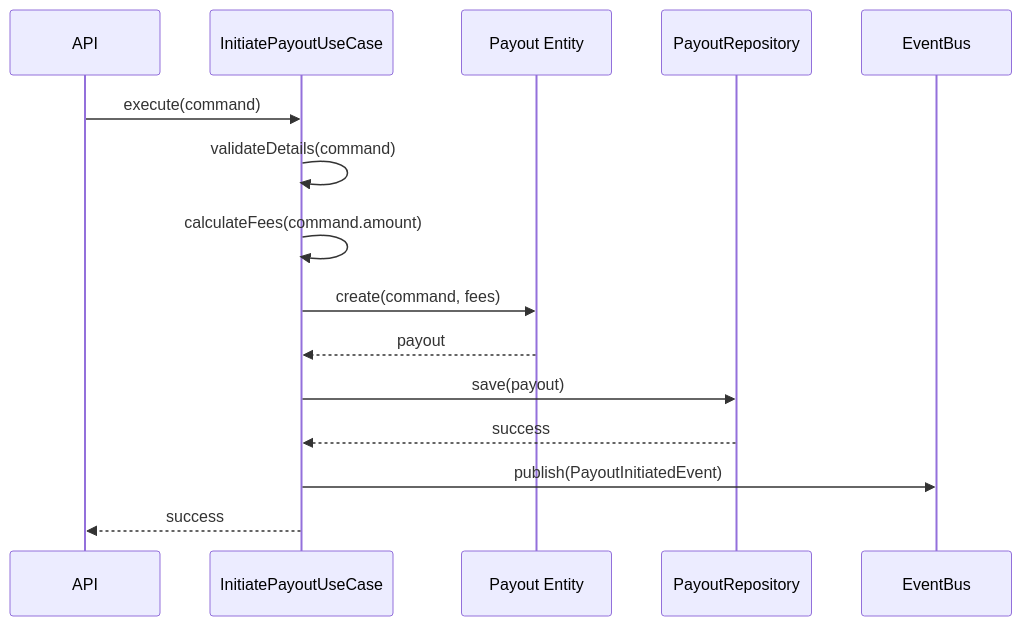
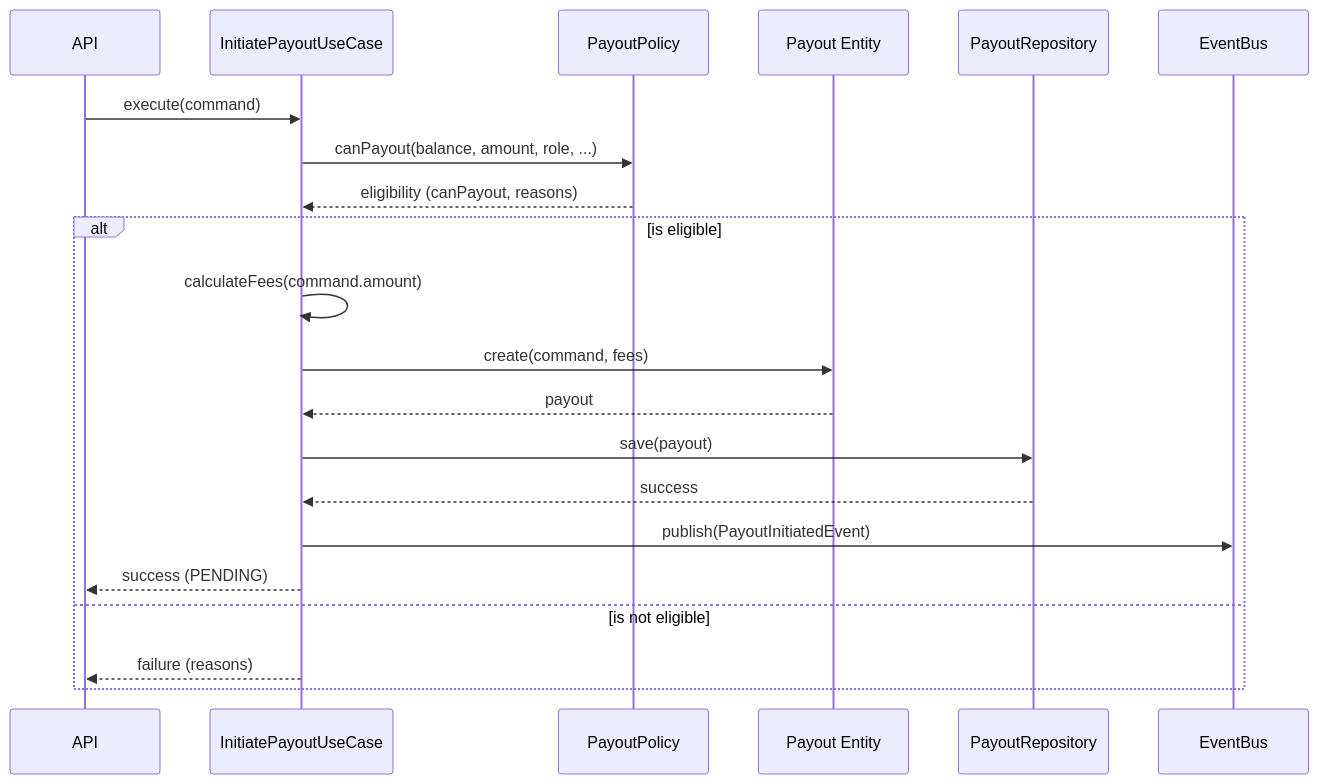
The diagram in services/payout-service/docs/modeling/sequence/initiate-payout-flow.mmd (maysar-014/maysar-express-backend), drawn with Mermaid before and after one commit. The commit also changed 11 other files, not shown here.

```diff
--- a/services/payout-service/docs/modeling/sequence/initiate-payout-flow.mmd
+++ b/services/payout-service/docs/modeling/sequence/initiate-payout-flow.mmd
@@ -1,19 +1,25 @@
 sequenceDiagram
     participant API
     participant UC as InitiatePayoutUseCase
+    participant PP as PayoutPolicy
     participant PE as Payout Entity
     participant PR as PayoutRepository
     participant EB as EventBus
 
     API->>UC: execute(command)
-    UC->>UC: validateDetails(command)
-    UC->>UC: calculateFees(command.amount)
+    UC->>PP: canPayout(balance, amount, role, ...)
+    PP-->>UC: eligibility (canPayout, reasons)
     
-    UC->>PE: create(command, fees)
-    PE-->>UC: payout
-    
-    UC->>PR: save(payout)
-    PR-->>UC: success
-    
-    UC->>EB: publish(PayoutInitiatedEvent)
-    UC-->>API: success
+    alt is eligible
+        UC->>UC: calculateFees(command.amount)
+        UC->>PE: create(command, fees)
+        PE-->>UC: payout
+        
+        UC->>PR: save(payout)
+        PR-->>UC: success
+        
+        UC->>EB: publish(PayoutInitiatedEvent)
+        UC-->>API: success (PENDING)
+    else is not eligible
+        UC-->>API: failure (reasons)
+    end
```
